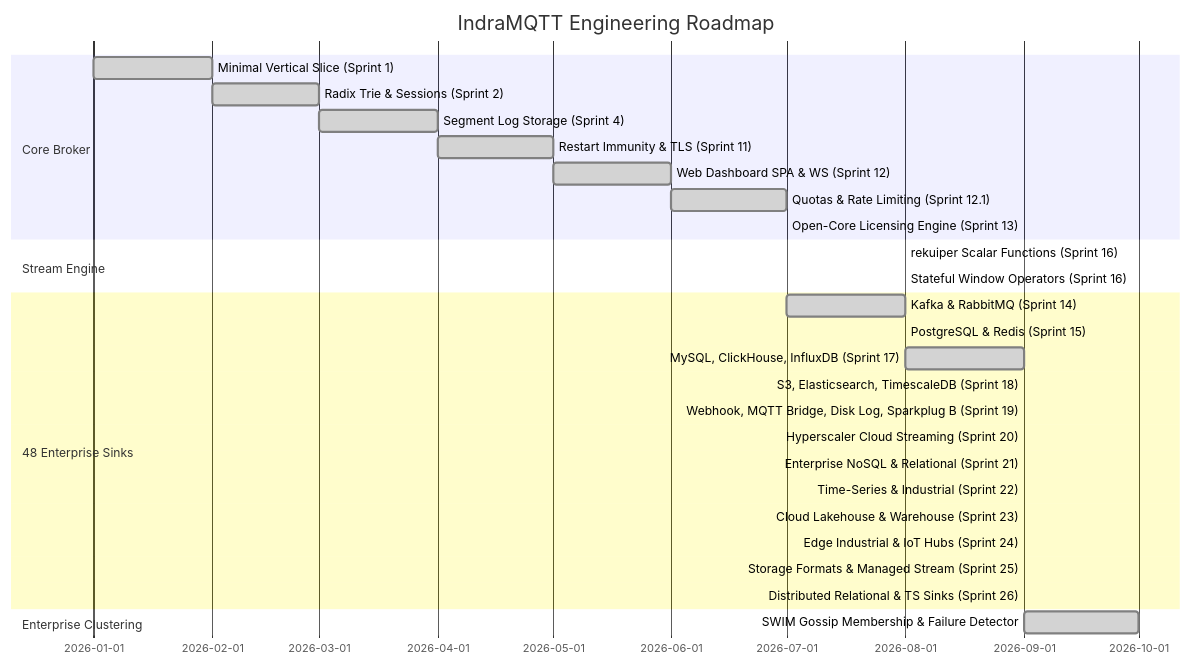
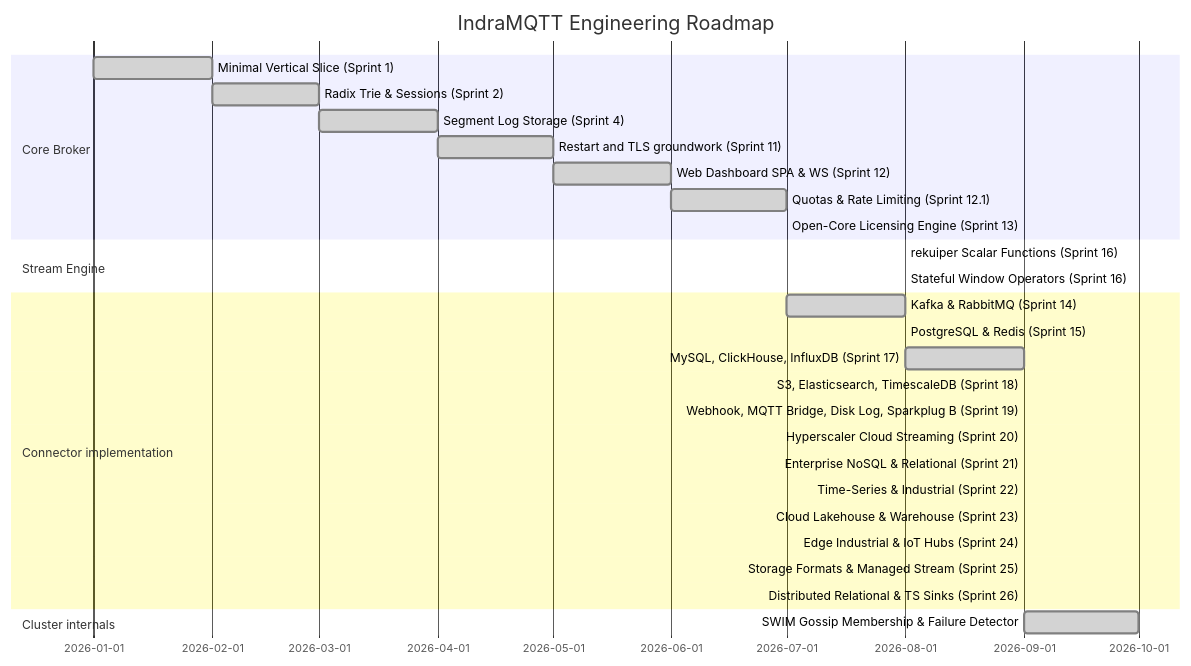
Before and after one commit to Indus-Stack/indramqtt: the diagram in ROADMAP.md, drawn with Mermaid. The commit also changed other lines of this file and 7 other files, not shown here.

````diff
--- a/ROADMAP.md
+++ b/ROADMAP.md
@@ -32,31 +32,31 @@
 ```mermaid
 gantt
     title IndraMQTT Engineering Roadmap
     dateFormat  YYYY-MM
     section Core Broker
     Minimal Vertical Slice (Sprint 1)        :done, 2026-01, 2026-02
     Radix Trie & Sessions (Sprint 2)         :done, 2026-02, 2026-03
     Segment Log Storage (Sprint 4)           :done, 2026-03, 2026-04
-    Restart Immunity & TLS (Sprint 11)       :done, 2026-04, 2026-05
+    Restart and TLS groundwork (Sprint 11)   :done, 2026-04, 2026-05
     Web Dashboard SPA & WS (Sprint 12)       :done, 2026-05, 2026-06
     Quotas & Rate Limiting (Sprint 12.1)     :done, 2026-06, 2026-07
     Open-Core Licensing Engine (Sprint 13)   :done, 2026-07, 2026-07
     section Stream Engine
     rekuiper Scalar Functions (Sprint 16)    :done, 2026-08, 2026-08
     Stateful Window Operators (Sprint 16)    :done, 2026-08, 2026-08
-    section 48 Enterprise Sinks
+    section Connector implementation
     Kafka & RabbitMQ (Sprint 14)             :done, 2026-07, 2026-08
     PostgreSQL & Redis (Sprint 15)           :done, 2026-08, 2026-08
     MySQL, ClickHouse, InfluxDB (Sprint 17)  :done, 2026-08, 2026-09
     S3, Elasticsearch, TimescaleDB (Sprint 18):done, 2026-09, 2026-09
     Webhook, MQTT Bridge, Disk Log, Sparkplug B (Sprint 19):done, 2026-09, 2026-09
     Hyperscaler Cloud Streaming (Sprint 20)  :done, 2026-09, 2026-09
     Enterprise NoSQL & Relational (Sprint 21):done, 2026-09, 2026-09
     Time-Series & Industrial (Sprint 22)     :done, 2026-09, 2026-09
     Cloud Lakehouse & Warehouse (Sprint 23)  :done, 2026-09, 2026-09
     Edge Industrial & IoT Hubs (Sprint 24)   :done, 2026-09, 2026-09
     Storage Formats & Managed Stream (Sprint 25):done, 2026-09, 2026-09
     Distributed Relational & TS Sinks (Sprint 26):done, 2026-09, 2026-09
-    section Enterprise Clustering
+    section Cluster internals
     SWIM Gossip Membership & Failure Detector:done, 2026-09, 2026-10
 ```
````
